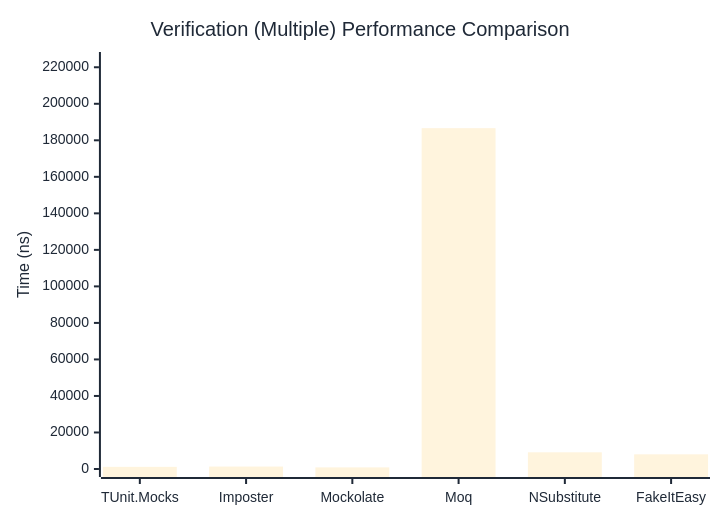
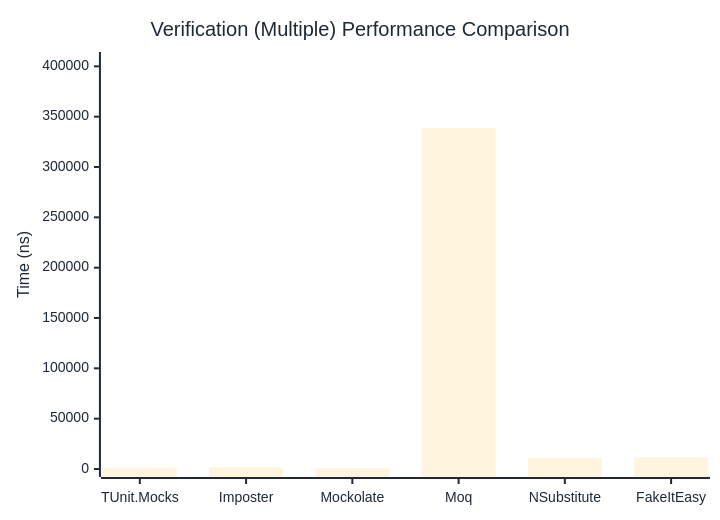
Before and after one commit to thomhurst/TUnit: the third of 3 diagrams in docs/docs/benchmarks/mocks/Verification.md, drawn with Mermaid. The commit also changed other lines of this file and 14 other files, not shown here.

````diff
--- a/docs/docs/benchmarks/mocks/Verification.md
+++ b/docs/docs/benchmarks/mocks/Verification.md
@@ -112,27 +112,27 @@
 ```mermaid
 %%{init: {
   'theme':'base',
   'themeVariables': {
     'primaryColor': '#2563eb',
     'primaryTextColor': '#1f2937',
     'primaryBorderColor': '#1e40af',
     'lineColor': '#6b7280',
     'secondaryColor': '#7c3aed',
     'tertiaryColor': '#dc2626',
     'background': '#ffffff',
     'pie1': '#2563eb',
     'pie2': '#7c3aed',
     'pie3': '#dc2626',
     'pie4': '#f59e0b',
     'pie5': '#10b981',
     'pie6': '#06b6d4',
     'pie7': '#ec4899',
     'pie8': '#6366f1'
   }
 }}%%
 xychart-beta
   title "Verification (Multiple) Performance Comparison"
   x-axis ["TUnit.Mocks", "Imposter", "Mockolate", "Moq", "NSubstitute", "FakeItEasy"]
-  y-axis "Time (ns)" 0 --> 223976
-  bar [1180.57, 1335.44, 882.56, 186646.44, 9139.52, 8031.93]
+  y-axis "Time (ns)" 0 --> 406308
+  bar [1289.88, 1709.45, 1055.19, 338589.99, 11050.31, 11462.44]
 ```
````
